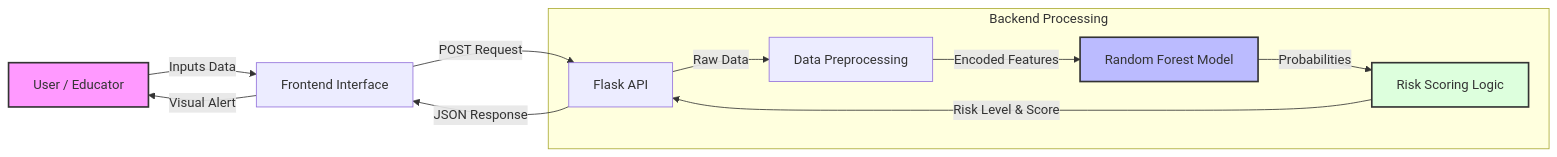
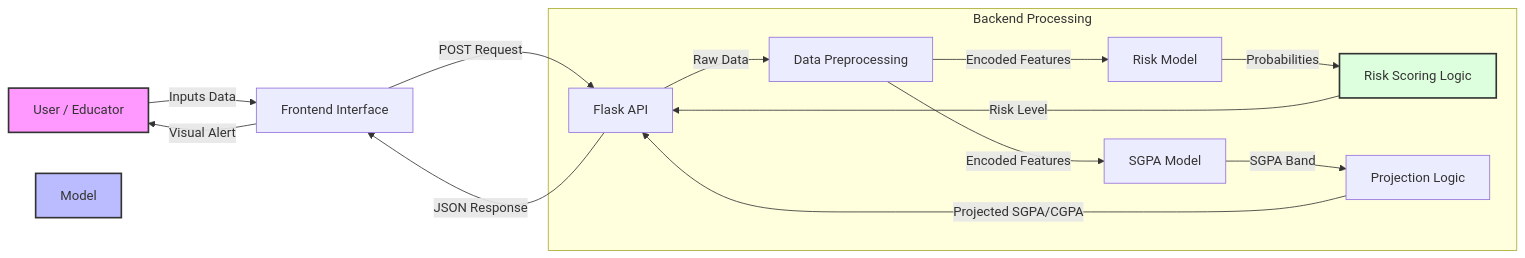
One commit to MrRenntech/AI-Grade-Prediction changed the diagram in README.md. Above: the diagram before and after it, drawn with Mermaid. The commit also changed other lines of this file and 12 other files, not shown here.

Commit message:
Implement SGPA/CGPA prediction and finalize documentation

````diff
--- a/README.md
+++ b/README.md
@@ -28,17 +29,20 @@
 ```mermaid
 graph LR
     User[User / Educator] -->|Inputs Data| FE[Frontend Interface]
     FE -->|POST Request| API[Flask API]
     subgraph "Backend Processing"
         API -->|Raw Data| DP[Data Preprocessing]
-        DP -->|Encoded Features| Model[Random Forest Model]
-        Model -->|Probabilities| RS[Risk Scoring Logic]
+        DP -->|Encoded Features| RiskModel[Risk Model]
+        DP -->|Encoded Features| SGPAModel[SGPA Model]
+        RiskModel -->|Probabilities| RS[Risk Scoring Logic]
+        SGPAModel -->|SGPA Band| PL[Projection Logic]
     end
-    RS -->|Risk Level & Score| API
+    RS -->|Risk Level| API
+    PL -->|Projected SGPA/CGPA| API
     API -->|JSON Response| FE
     FE -->|Visual Alert| User
     
     style User fill:#f9f,stroke:#333,stroke-width:2px
     style Model fill:#bbf,stroke:#333,stroke-width:2px
     style RS fill:#dfd,stroke:#333,stroke-width:2px
 ```
````
